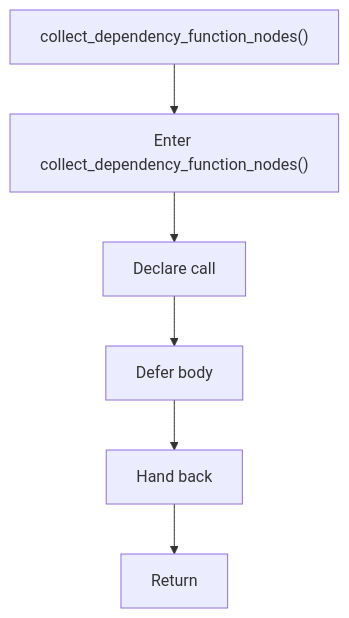
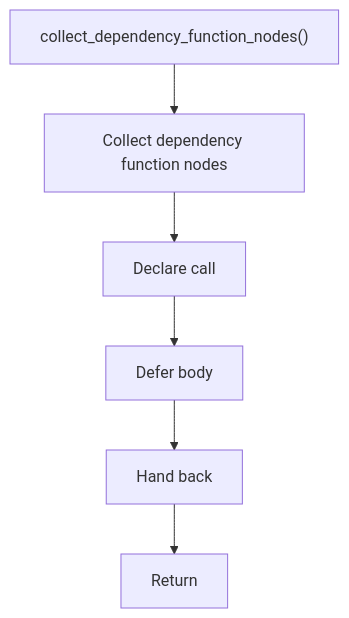
One commit to JohnAndrewBalbarosa/NeoTerritory changed the fifth of 5 diagrams in docs/Codebase/Microservice/Modules/Header/SyntacticBrokenAST/Trees/Shared/dependency_utils.hpp.md. Above: the diagram before and after it, drawn with Mermaid. The commit also changed other lines of this file and 925 other files, not shown here.

````diff
--- a/docs/Codebase/Microservice/Modules/Header/SyntacticBrokenAST/Trees/Shared/dependency_utils.hpp.md
+++ b/docs/Codebase/Microservice/Modules/Header/SyntacticBrokenAST/Trees/Shared/dependency_utils.hpp.md
@@ -148,14 +147,14 @@
 ```mermaid
 flowchart TD
     Start["collect_dependency_function_nodes()"]
-    N0["Enter collect_dependency_function_nodes()"]
+    N0["Collect dependency function nodes"]
     N1["Declare call"]
     N2["Defer body"]
     N3["Hand back"]
     End["Return"]
     Start --> N0
     N0 --> N1
     N1 --> N2
     N2 --> N3
     N3 --> End
 ```
````
